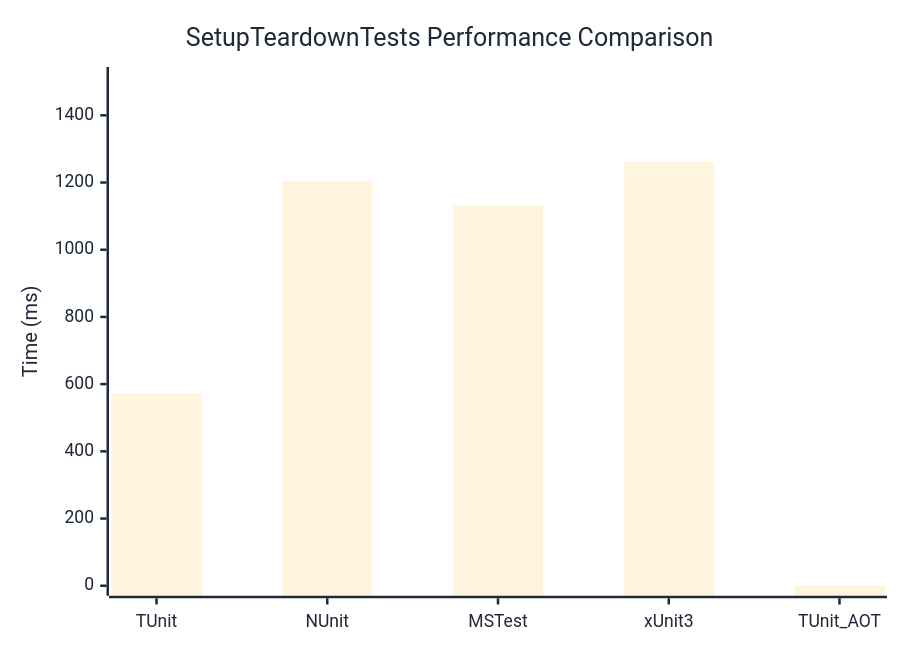
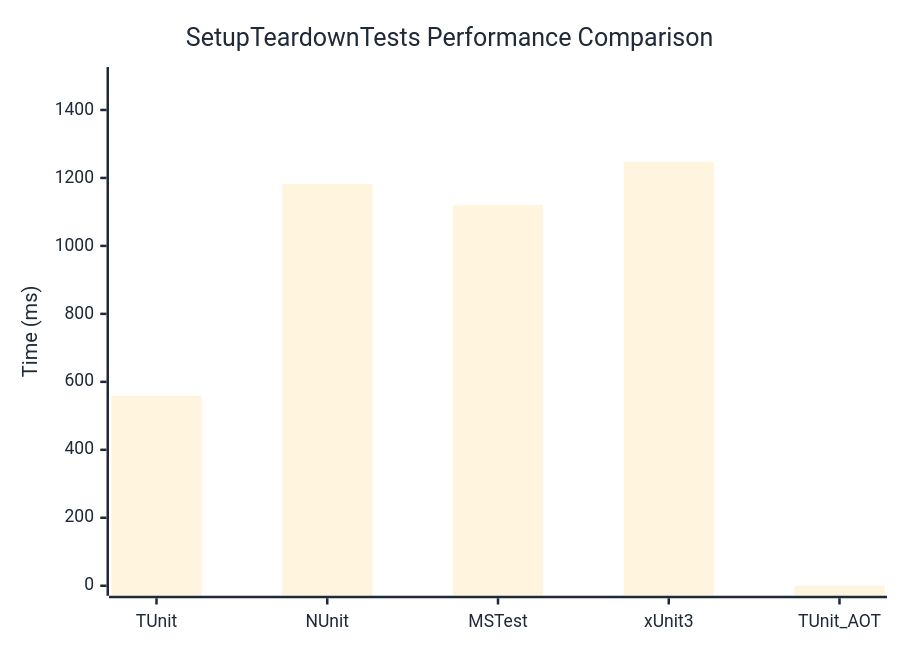
One commit to thomhurst/TUnit changed the diagram in docs/docs/benchmarks/SetupTeardownTests.md. Above: the diagram before and after it, drawn with Mermaid. The commit also changed other lines of this file and 17 other files, not shown here.

````diff
--- a/docs/docs/benchmarks/SetupTeardownTests.md
+++ b/docs/docs/benchmarks/SetupTeardownTests.md
@@ -27,37 +27,37 @@
 ```mermaid
 %%{init: {
   'theme':'base',
   'themeVariables': {
     'primaryColor': '#2563eb',
     'primaryTextColor': '#1f2937',
     'primaryBorderColor': '#1e40af',
     'lineColor': '#6b7280',
     'secondaryColor': '#7c3aed',
     'tertiaryColor': '#dc2626',
     'background': '#ffffff',
     'mainBkg': '#2563eb',
     'secondBkg': '#7c3aed',
     'tertiaryBkg': '#dc2626',
     'clusterBkg': '#f3f4f6',
     'edgeLabelBackground': '#ffffff',
     'tertiaryTextColor': '#1f2937',
     'pie1': '#2563eb',
     'pie2': '#7c3aed',
     'pie3': '#dc2626',
     'pie4': '#f59e0b',
     'pie5': '#10b981',
     'pie6': '#06b6d4',
     'pie7': '#ec4899',
     'pie8': '#6366f1',
     'pie9': '#84cc16',
     'pie10': '#f97316',
     'pie11': '#14b8a6',
     'pie12': '#a855f7'
   }
 }}%%
 xychart-beta
   title "SetupTeardownTests Performance Comparison"
   x-axis ["TUnit", "NUnit", "MSTest", "xUnit3", "TUnit_AOT"]
-  y-axis "Time (ms)" 0 --> 1514
-  bar [571.5, 1204, 1131.2, 1261.2, 0]
+  y-axis "Time (ms)" 0 --> 1497
+  bar [559.2, 1182.3, 1120, 1247.4, 0]
 ```
````
